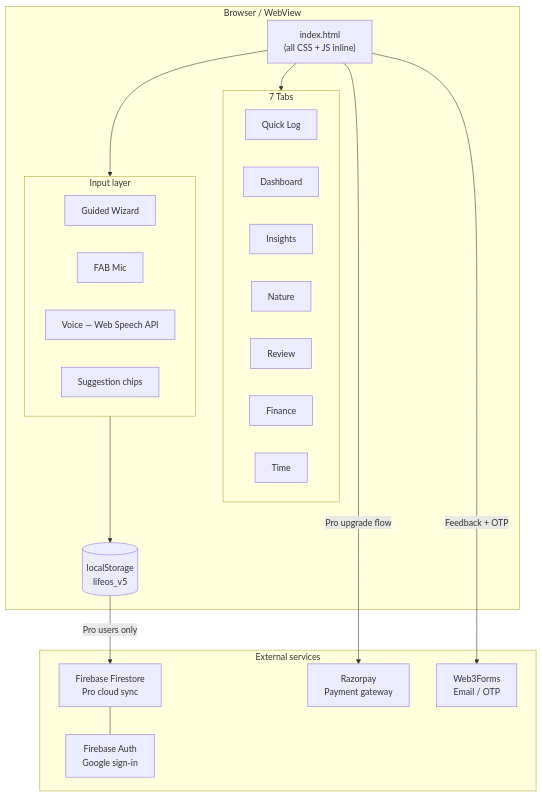
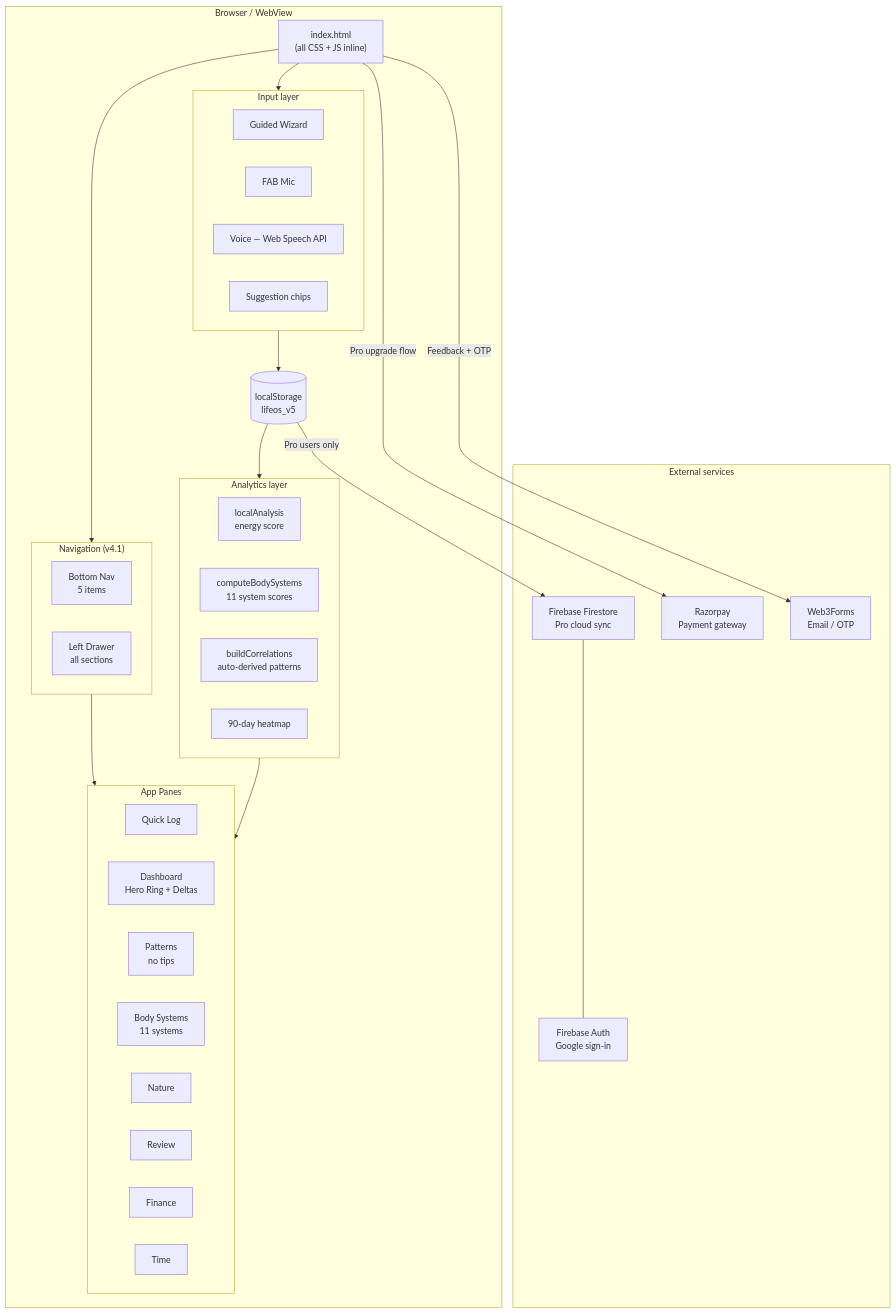
Before and after one commit to joyfulmake/health-saver-app: the first of 4 diagrams in ARCHITECTURE.md, drawn with Mermaid. The commit also changed other lines of this file and 5 other files, not shown here.

First line of the commit message:
feat: v4.1 — drawer nav, dark mode, body systems, correlations, onboarding

````diff
--- a/ARCHITECTURE.md
+++ b/ARCHITECTURE.md
@@ -61,40 +72,56 @@
 ```mermaid
 graph TD
     subgraph Client["Browser / WebView"]
         UI["index.html\n(all CSS + JS inline)"]
 
-        subgraph Tabs["7 Tabs"]
+        subgraph Nav["Navigation (v4.1)"]
+            BN[Bottom Nav\n5 items]
+            DR[Left Drawer\nall sections]
+        end
+
+        subgraph Panes["App Panes"]
             QL[Quick Log]
-            DB[Dashboard]
-            IN[Insights]
+            DB[Dashboard\nHero Ring + Deltas]
+            IN[Patterns\nno tips]
+            BD[Body Systems\n11 systems]
             NT[Nature]
             RV[Review]
             FI[Finance]
             TI[Time]
         end
 
         subgraph Input["Input layer"]
             WZ[Guided Wizard]
             FAB[FAB Mic]
             VC[Voice — Web Speech API]
             CH[Suggestion chips]
         end
 
+        subgraph Analytics["Analytics layer"]
+            LA[localAnalysis\nenergy score]
+            CBS[computeBodySystems\n11 system scores]
+            BC[buildCorrelations\nauto-derived patterns]
+            HM[90-day heatmap]
+        end
+
         LS[(localStorage\nlifeos_v5)]
     end
 
     subgraph External["External services"]
         FB[Firebase Firestore\nPro cloud sync]
         FBA[Firebase Auth\nGoogle sign-in]
         RZ[Razorpay\nPayment gateway]
         WF[Web3Forms\nEmail / OTP]
     end
 
-    UI --> Tabs
+    UI --> Nav
+    Nav --> Panes
     UI --> Input
     Input --> LS
+    LS --> Analytics
+    Analytics --> Panes
     LS -->|Pro users only| FB
     FB --- FBA
     UI -->|Pro upgrade flow| RZ
     UI -->|Feedback + OTP| WF
 ```
````
